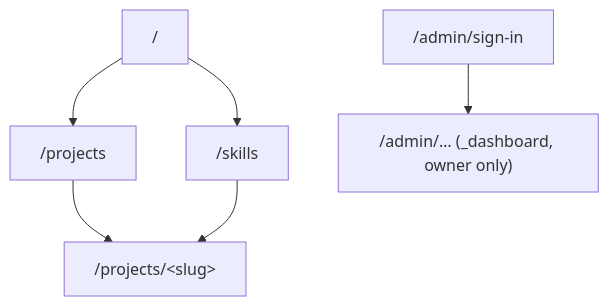
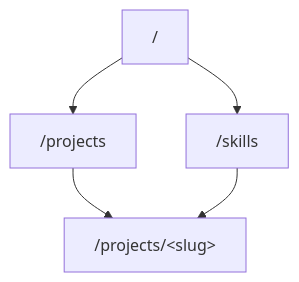
The first of 2 diagrams in docs/architecture.md (wends05/final-portfolio), drawn with Mermaid before and after one commit. The commit also changed other lines of this file and 14 other files, not shown here.

````diff
--- a/docs/architecture.md
+++ b/docs/architecture.md
@@ -32,6 +30,5 @@
 ```mermaid
 flowchart TD
     Home["/"] --> Projects["/projects"] --> Detail["/projects/&lt;slug&gt;"]
     Home --> Skills["/skills"] --> Detail
-    SignIn["/admin/sign-in"] --> Admin["/admin/… (_dashboard, owner only)"]
 ```
````
